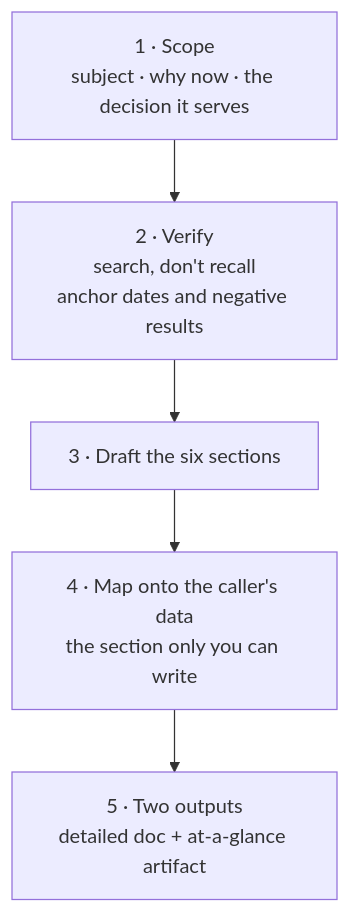
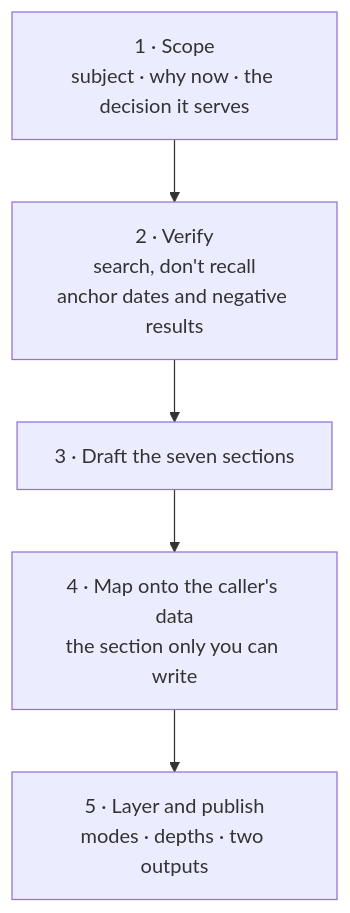
One commit to sibulus13/claudence changed the diagram in skills/tech-dossier/SKILL.md. Above: the diagram before and after it, drawn with Mermaid. The commit also changed other lines of this file and 1 other file, not shown here.

````diff
--- a/skills/tech-dossier/SKILL.md
+++ b/skills/tech-dossier/SKILL.md
@@ -37,10 +43,10 @@
 ```mermaid
 flowchart TD
   A["1 · Scope<br/>subject · why now · the decision it serves"]
   B["2 · Verify<br/>search, don't recall<br/>anchor dates and negative results"]
-  C["3 · Draft the six sections"]
+  C["3 · Draft the seven sections"]
   D["4 · Map onto the caller's data<br/>the section only you can write"]
-  E["5 · Two outputs<br/>detailed doc + at-a-glance artifact"]
+  E["5 · Layer and publish<br/>modes · depths · two outputs"]
 
   A --> B --> C --> D --> E
 ```
````
